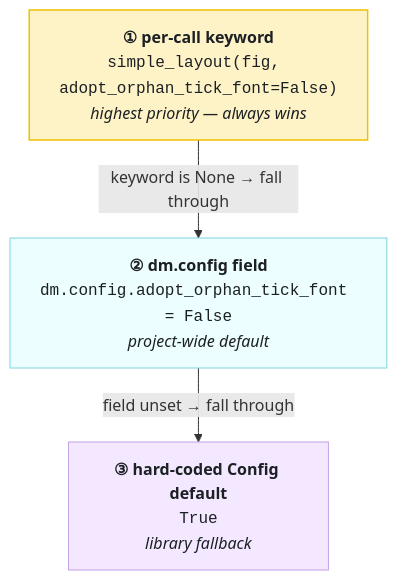
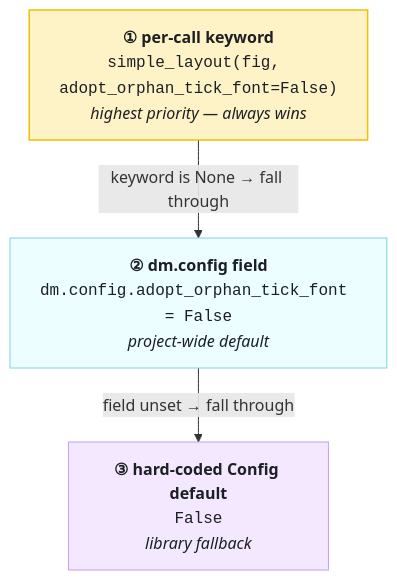
One commit to dartworklabs/dartwork-mpl changed the diagram in docs/usage_guide/config.md. Above: the diagram before and after it, drawn with Mermaid. The commit also changed other lines of this file and 13 other files, not shown here.

````diff
--- a/docs/usage_guide/config.md
+++ b/docs/usage_guide/config.md
@@ -124,12 +122,12 @@
 ```{mermaid}
 flowchart TD
     A["<b>① per-call keyword</b><br/><code>simple_layout(fig, adopt_orphan_tick_font=False)</code><br/><i>highest priority — always wins</i>"]
     B["<b>② dm.config field</b><br/><code>dm.config.adopt_orphan_tick_font = False</code><br/><i>project-wide default</i>"]
-    C["<b>③ hard-coded Config default</b><br/><code>True</code><br/><i>library fallback</i>"]
+    C["<b>③ hard-coded Config default</b><br/><code>False</code><br/><i>library fallback</i>"]
     A -->|"keyword is None → fall through"| B
     B -->|"field unset → fall through"| C
 
     style A fill:#fef3c7,stroke:#f0c000,stroke-width:1.5px,color:#1c2024
     style B fill:#ecfeff,stroke:#7cd4e0,stroke-width:1px,color:#1c2024
     style C fill:#f3e8ff,stroke:#c4a0e8,stroke-width:1px,color:#1c2024
 ```
````
